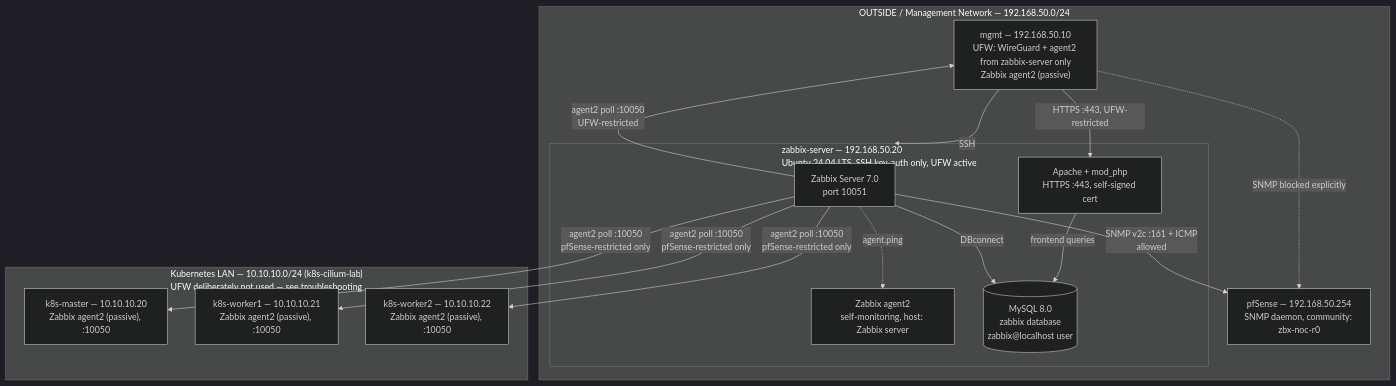
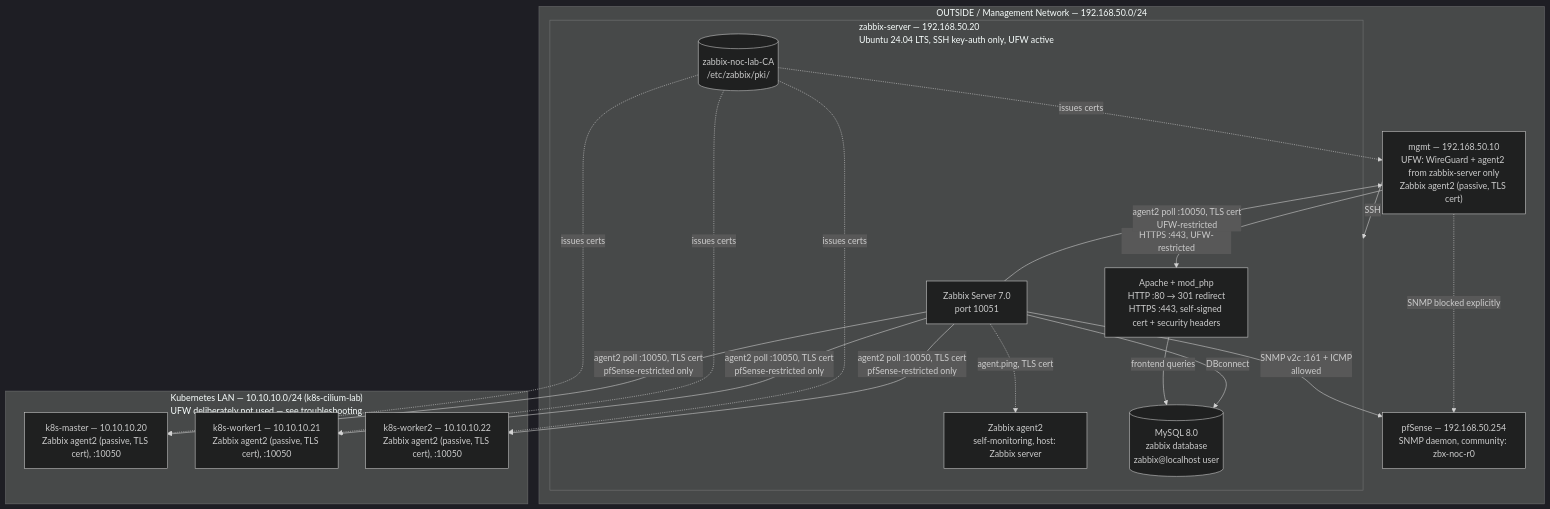
The first of 2 diagrams in docs/architecture.md (paknaoo/zabbix-noc-lab), drawn with Mermaid (dark theme) before and after one commit. The commit also changed other lines of this file and 4 other files, not shown here.

Commit message:
Document Phase 07: security hardening and TLS per-host encryption fix

````diff
--- a/docs/architecture.md
+++ b/docs/architecture.md
@@ -22,32 +22,37 @@
 ```mermaid
 flowchart TD
 
     subgraph OUTSIDE["OUTSIDE / Management Network — 192.168.50.0/24"]
-        MGMT["mgmt — 192.168.50.10<br/>UFW: WireGuard + agent2 from zabbix-server only<br/>Zabbix agent2 (passive)"]
+        MGMT["mgmt — 192.168.50.10<br/>UFW: WireGuard + agent2 from zabbix-server only<br/>Zabbix agent2 (passive, TLS cert)"]
         subgraph ZBXHOST["zabbix-server — 192.168.50.20<br/>Ubuntu 24.04 LTS, SSH key-auth only, UFW active"]
             ZBXSRV[Zabbix Server 7.0<br/>port 10051]
             AGENT[Zabbix agent2<br/>self-monitoring, host: Zabbix server]
-            APACHE["Apache + mod_php<br/>HTTPS :443, self-signed cert"]
+            APACHE["Apache + mod_php<br/>HTTP :80 → 301 redirect<br/>HTTPS :443, self-signed cert + security headers"]
             MYSQL[("MySQL 8.0<br/>zabbix database<br/>zabbix@localhost user")]
+            CA[("zabbix-noc-lab-CA<br/>/etc/zabbix/pki/")]
             APACHE -->|frontend queries| MYSQL
             ZBXSRV -->|DBconnect| MYSQL
-            ZBXSRV -.->|agent.ping| AGENT
+            ZBXSRV -.->|agent.ping, TLS cert| AGENT
         end
         PFSENSE["pfSense — 192.168.50.254<br/>SNMP daemon, community: zbx-noc-r0"]
         ZBXSRV -->|SNMP v2c :161 + ICMP<br/>allowed| PFSENSE
         MGMT -.->|SNMP blocked explicitly| PFSENSE
     end
 
     subgraph K8S["Kubernetes LAN — 10.10.10.0/24 (k8s-cilium-lab)<br/>UFW deliberately not used — see troubleshooting"]
-        K8SMASTER["k8s-master — 10.10.10.20<br/>Zabbix agent2 (passive), :10050"]
-        K8SW1["k8s-worker1 — 10.10.10.21<br/>Zabbix agent2 (passive), :10050"]
-        K8SW2["k8s-worker2 — 10.10.10.22<br/>Zabbix agent2 (passive), :10050"]
+        K8SMASTER["k8s-master — 10.10.10.20<br/>Zabbix agent2 (passive, TLS cert), :10050"]
+        K8SW1["k8s-worker1 — 10.10.10.21<br/>Zabbix agent2 (passive, TLS cert), :10050"]
+        K8SW2["k8s-worker2 — 10.10.10.22<br/>Zabbix agent2 (passive, TLS cert), :10050"]
     end
 
     MGMT -->|HTTPS :443, UFW-restricted| APACHE
     MGMT -->|SSH| ZBXHOST
-    ZBXSRV -->|agent2 poll :10050<br/>pfSense-restricted only| K8SMASTER
-    ZBXSRV -->|agent2 poll :10050<br/>pfSense-restricted only| K8SW1
-    ZBXSRV -->|agent2 poll :10050<br/>pfSense-restricted only| K8SW2
-    ZBXSRV -->|agent2 poll :10050<br/>UFW-restricted| MGMT
+    CA -.->|issues certs| K8SMASTER
+    CA -.->|issues certs| K8SW1
+    CA -.->|issues certs| K8SW2
+    CA -.->|issues certs| MGMT
+    ZBXSRV -->|agent2 poll :10050, TLS cert<br/>pfSense-restricted only| K8SMASTER
+    ZBXSRV -->|agent2 poll :10050, TLS cert<br/>pfSense-restricted only| K8SW1
+    ZBXSRV -->|agent2 poll :10050, TLS cert<br/>pfSense-restricted only| K8SW2
+    ZBXSRV -->|agent2 poll :10050, TLS cert<br/>UFW-restricted| MGMT
 ```
````
